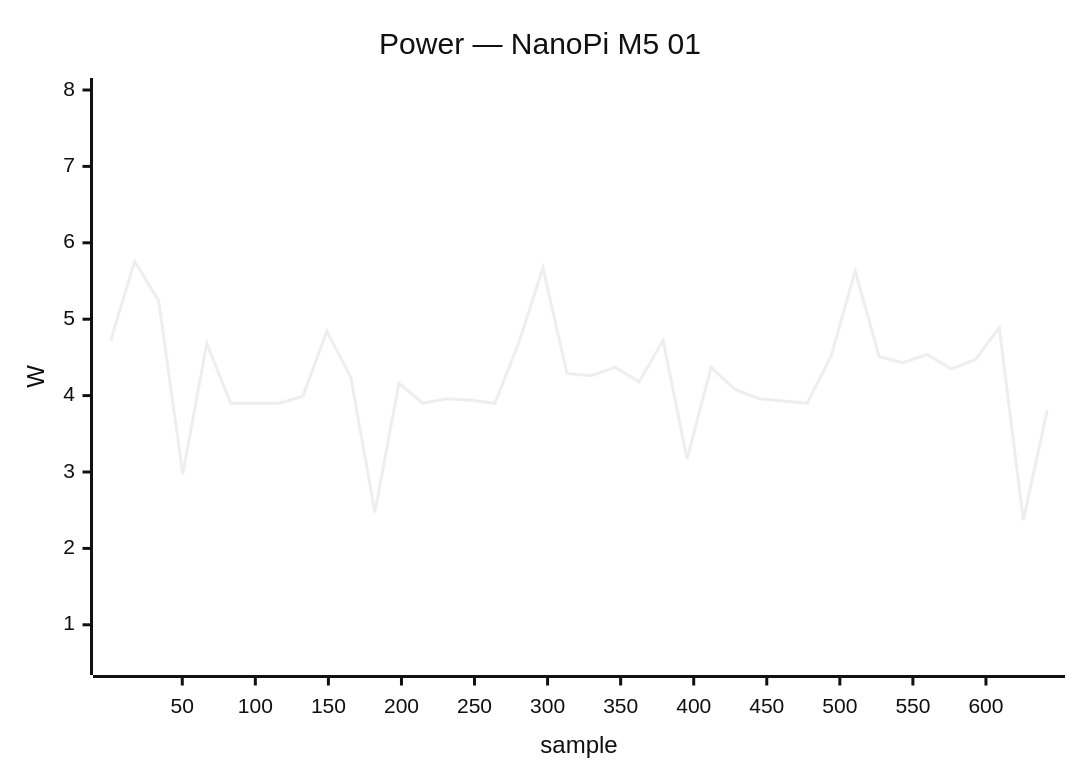
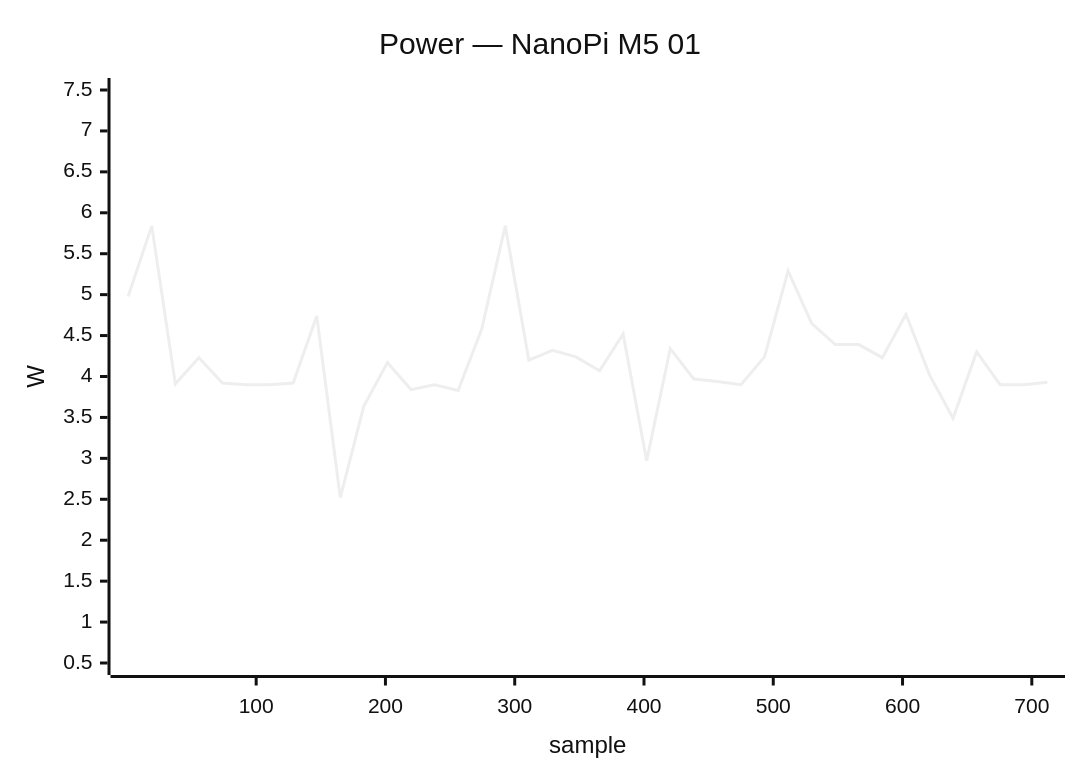
The eighth of 24 diagrams in docs/status/board-tests.md (armbian/documentation), drawn with Mermaid (neutral theme) before and after one commit. The commit also changed other lines of this file, not shown here.

````diff
--- a/docs/status/board-tests.md
+++ b/docs/status/board-tests.md
@@ -497,7 +497,7 @@
     ```mermaid
     xychart-beta
         title "Power — NanoPi M5 01"
-        x-axis "sample" 1 --> 642
-        y-axis "W" 0.5 --> 8.0
-        line [4.72, 5.76, 5.24, 2.97, 4.68, 3.90, 3.90, 3.90, 3.99, 4.84, 4.24, 2.47, 4.16, 3.90, 3.96, 3.94, 3.90, 4.70, 5.67, 4.29, 4.26, 4.37, 4.18, 4.72, 3.17, 4.37, 4.08, 3.96, 3.93, 3.90, 4.52, 5.63, 4.51, 4.43, 4.54, 4.35, 4.47, 4.89, 2.37, 3.81]
+        x-axis "sample" 1 --> 712
+        y-axis "W" 0.5 --> 7.5
+        line [4.98, 5.84, 3.91, 4.23, 3.92, 3.90, 3.90, 3.92, 4.74, 2.52, 3.64, 4.17, 3.84, 3.90, 3.83, 4.58, 5.84, 4.20, 4.32, 4.24, 4.07, 4.52, 2.97, 4.34, 3.97, 3.94, 3.90, 4.24, 5.29, 4.65, 4.39, 4.39, 4.23, 4.76, 4.02, 3.49, 4.30, 3.90, 3.90, 3.93]
     ```
````
